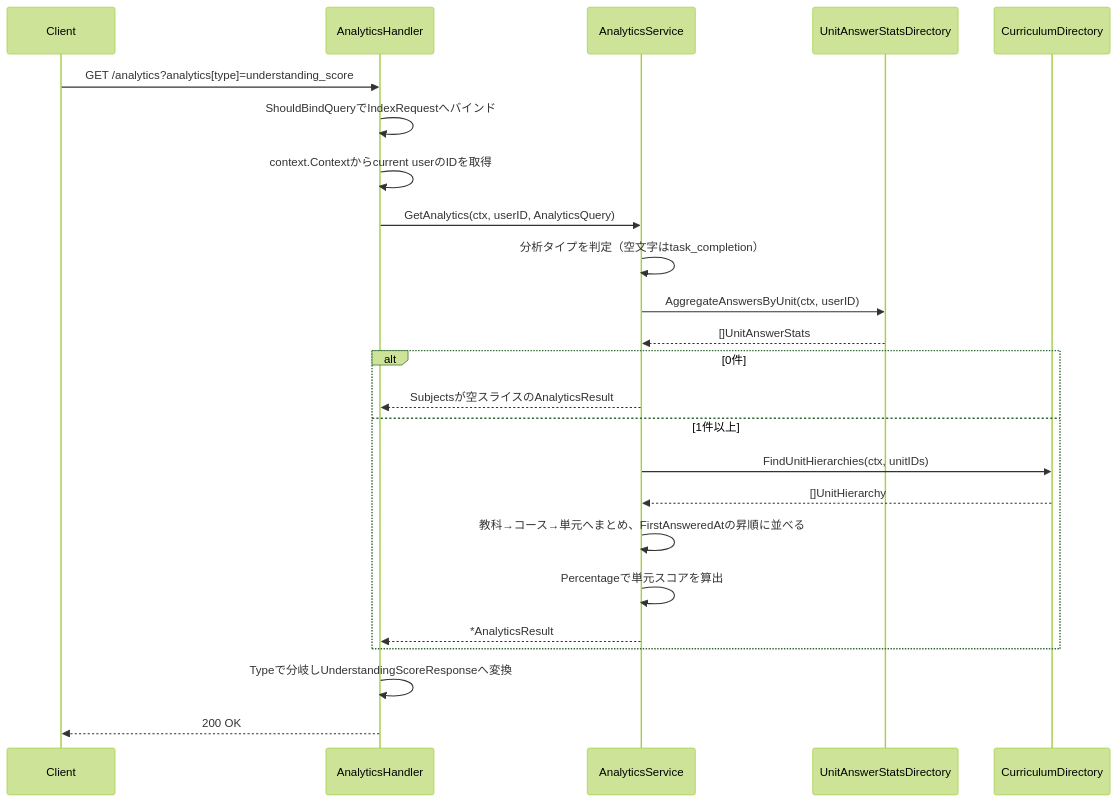
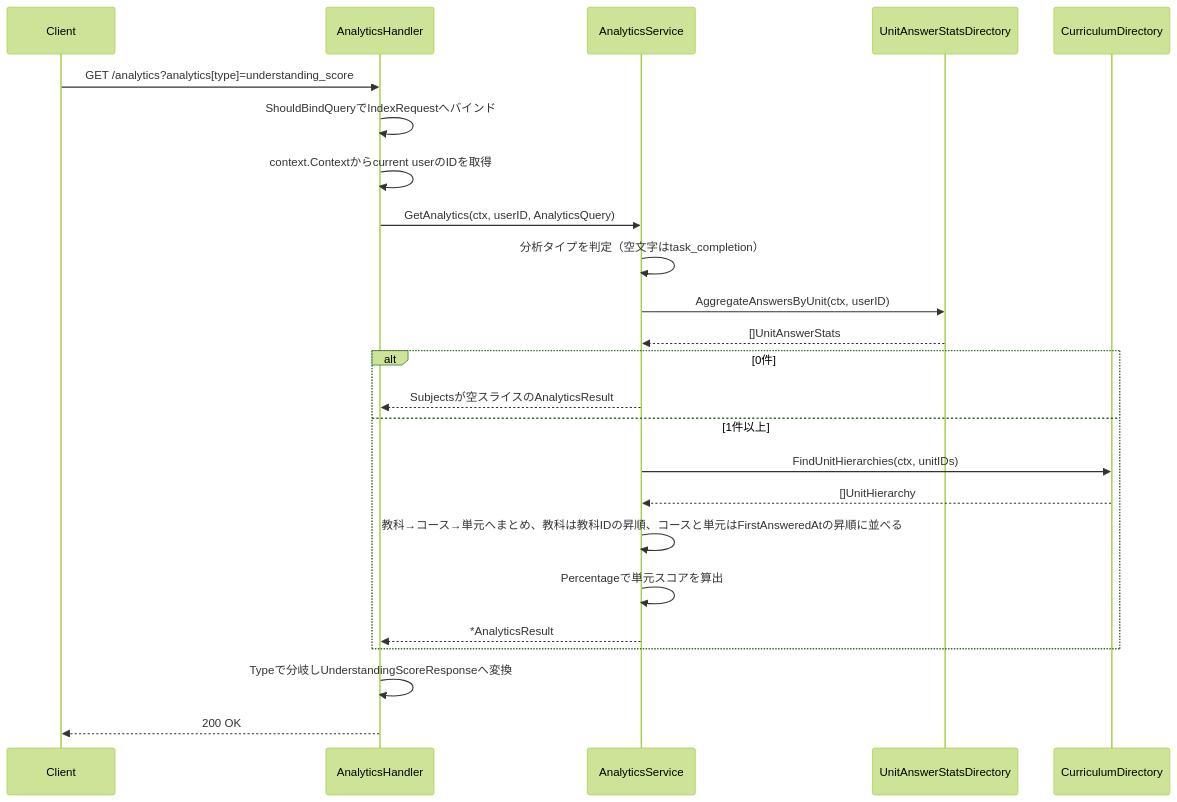
The second of 7 diagrams in 計画書/Go実装仕様書/分析機能_Go実装仕様書_2_分析取得・期間サマリ.md (yuta20253/edu-platform-go-design), drawn with Mermaid (forest theme) before and after one commit. The commit also changed other lines of this file and 21 other files, not shown here.

````diff
--- a/計画書/Go実装仕様書/分析機能_Go実装仕様書_2_分析取得・期間サマリ.md
+++ b/計画書/Go実装仕様書/分析機能_Go実装仕様書_2_分析取得・期間サマリ.md
@@ -443,27 +443,27 @@
 ```mermaid
 sequenceDiagram
     participant C as Client
     participant H as AnalyticsHandler
     participant S as AnalyticsService
     participant UD as UnitAnswerStatsDirectory
     participant CD as CurriculumDirectory
 
     C->>H: GET /analytics?analytics[type]=understanding_score
     H->>H: ShouldBindQueryでIndexRequestへバインド
     H->>H: context.Contextからcurrent userのIDを取得
     H->>S: GetAnalytics(ctx, userID, AnalyticsQuery)
     S->>S: 分析タイプを判定（空文字はtask_completion）
     S->>UD: AggregateAnswersByUnit(ctx, userID)
     UD-->>S: []UnitAnswerStats
     alt 0件
         S-->>H: Subjectsが空スライスのAnalyticsResult
     else 1件以上
         S->>CD: FindUnitHierarchies(ctx, unitIDs)
         CD-->>S: []UnitHierarchy
-        S->>S: 教科→コース→単元へまとめ、FirstAnsweredAtの昇順に並べる
+        S->>S: 教科→コース→単元へまとめ、教科は教科IDの昇順、コースと単元はFirstAnsweredAtの昇順に並べる
         S->>S: Percentageで単元スコアを算出
         S-->>H: *AnalyticsResult
     end
     H->>H: Typeで分岐しUnderstandingScoreResponseへ変換
     H-->>C: 200 OK
 ```
````
